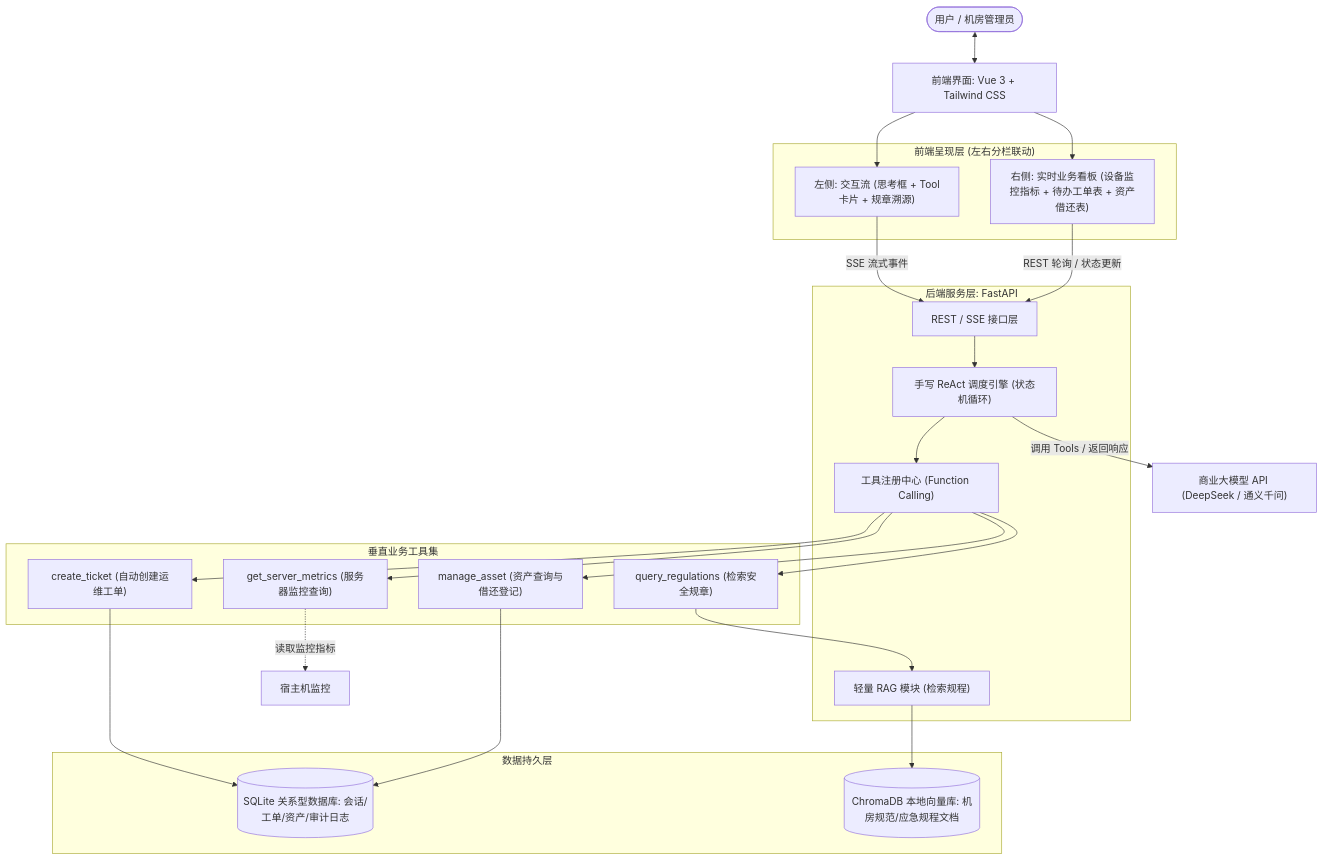
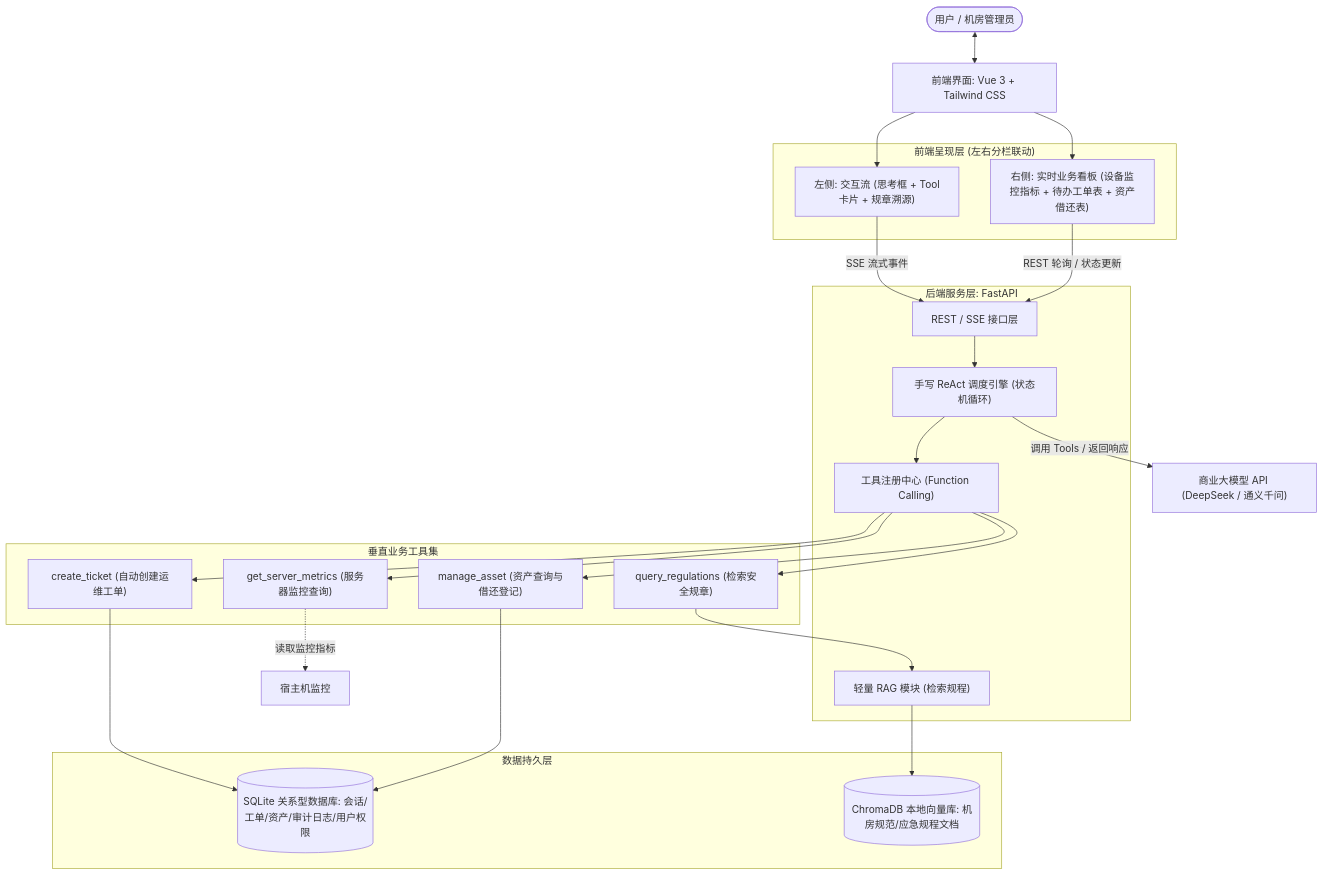
Before and after one commit to idy-Q/LabOps-Agent: the first of 2 diagrams in docs/architecture_and_development_plan.md, drawn with Mermaid. The commit also changed other lines of this file and 30 other files, not shown here.

````diff
--- a/docs/architecture_and_development_plan.md
+++ b/docs/architecture_and_development_plan.md
@@ -27,44 +27,44 @@
 ```mermaid
 graph TD
     User(["用户 / 机房管理员"]) <--> WebUI["前端界面: Vue 3 + Tailwind CSS"]
     
     subgraph Frontend ["前端呈现层 (左右分栏联动)"]
         ChatPanel["左侧: 交互流 (思考框 + Tool卡片 + 规章溯源)"]
         BoardPanel["右侧: 实时业务看板 (设备监控指标 + 待办工单表 + 资产借还表)"]
     end
     WebUI --> ChatPanel
     WebUI --> BoardPanel
 
     subgraph Backend ["后端服务层: FastAPI"]
         API["REST / SSE 接口层"]
         ReActEngine["手写 ReAct 调度引擎 (状态机循环)"]
         ToolsRegistry["工具注册中心 (Function Calling)"]
         RAGModule["轻量 RAG 模块 (检索规程)"]
     end
     ChatPanel -->|SSE 流式事件| API
     BoardPanel -->|REST 轮询 / 状态更新| API
     API --> ReActEngine
     ReActEngine -->|调用 Tools / 返回响应| LLM["商业大模型 API (DeepSeek / 通义千问)"]
     ReActEngine --> ToolsRegistry
 
     subgraph Tools ["垂直业务工具集"]
         T1["get_server_metrics (服务器监控查询)"]
         T2["create_ticket (自动创建运维工单)"]
         T3["manage_asset (资产查询与借还登记)"]
         T4["query_regulations (检索安全规章)"]
     end
     ToolsRegistry --> T1
     ToolsRegistry --> T2
     ToolsRegistry --> T3
     ToolsRegistry --> T4
 
     subgraph Storage ["数据持久层"]
-        SQLite[("SQLite 关系型数据库: 会话/工单/资产/审计日志")]
+        SQLite[("SQLite 关系型数据库: 会话/工单/资产/审计日志/用户权限")]
         ChromaDB[("ChromaDB 本地向量库: 机房规范/应急规程文档")]
     end
     T1 -.->|读取监控指标| HostOS["宿主机监控"]
     T2 --> SQLite
     T3 --> SQLite
     T4 --> RAGModule
     RAGModule --> ChromaDB
 ```
````
